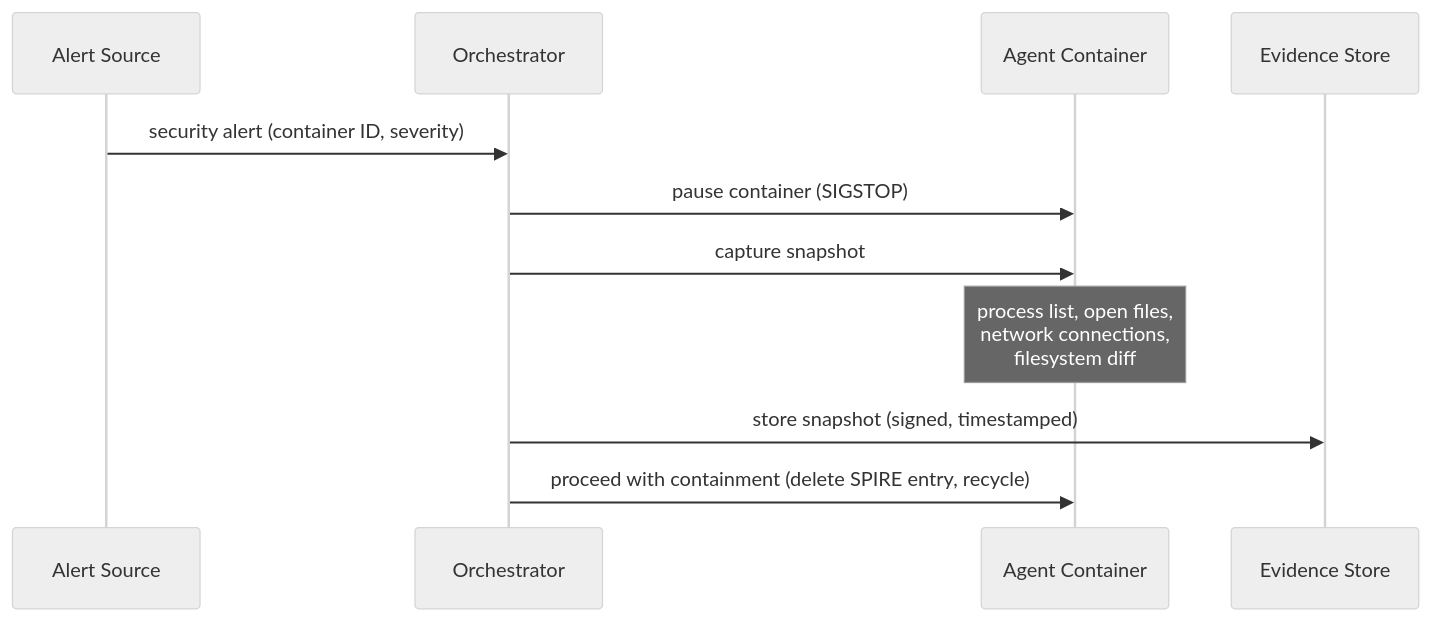
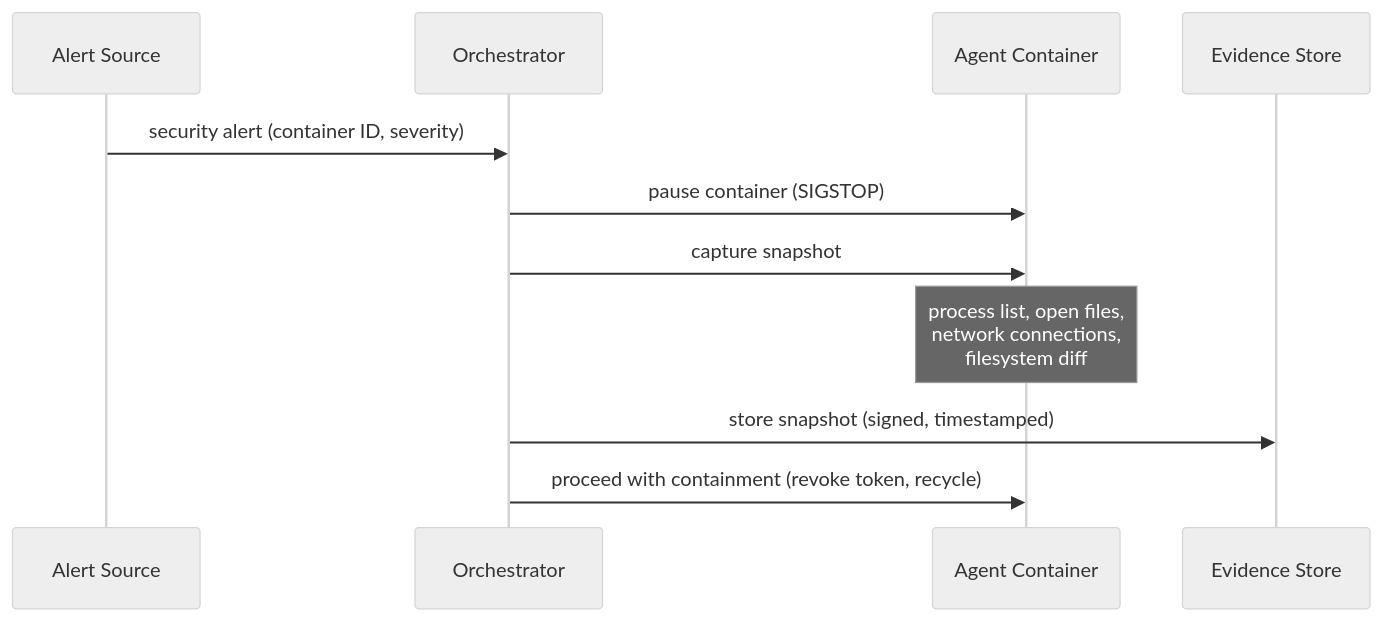
One commit to neverprepared/ink-bunny changed the second of 2 diagrams in docs/persona_agentic/PHASE_2/arch-incident-response.md. Above: the diagram before and after it, drawn with Mermaid (neutral theme). The commit also changed other lines of this file and 17 other files, not shown here.

First line of the commit message:
docs: move agent identity (container tokens) from Phase 1 to Phase 2, push SPIRE to Phase 3

````diff
--- a/docs/persona_agentic/PHASE_2/arch-incident-response.md
+++ b/docs/persona_agentic/PHASE_2/arch-incident-response.md
@@ -32,14 +32,14 @@
 ```mermaid
 sequenceDiagram
     participant Alert as Alert Source
     participant Orch as Orchestrator
     participant Container as Agent Container
     participant Evidence as Evidence Store
 
     Alert->>Orch: security alert (container ID, severity)
     Orch->>Container: pause container (SIGSTOP)
     Orch->>Container: capture snapshot
     Note over Container: process list, open files,<br/>network connections,<br/>filesystem diff
     Orch->>Evidence: store snapshot (signed, timestamped)
-    Orch->>Container: proceed with containment (delete SPIRE entry, recycle)
+    Orch->>Container: proceed with containment (revoke token, recycle)
 ```
````
